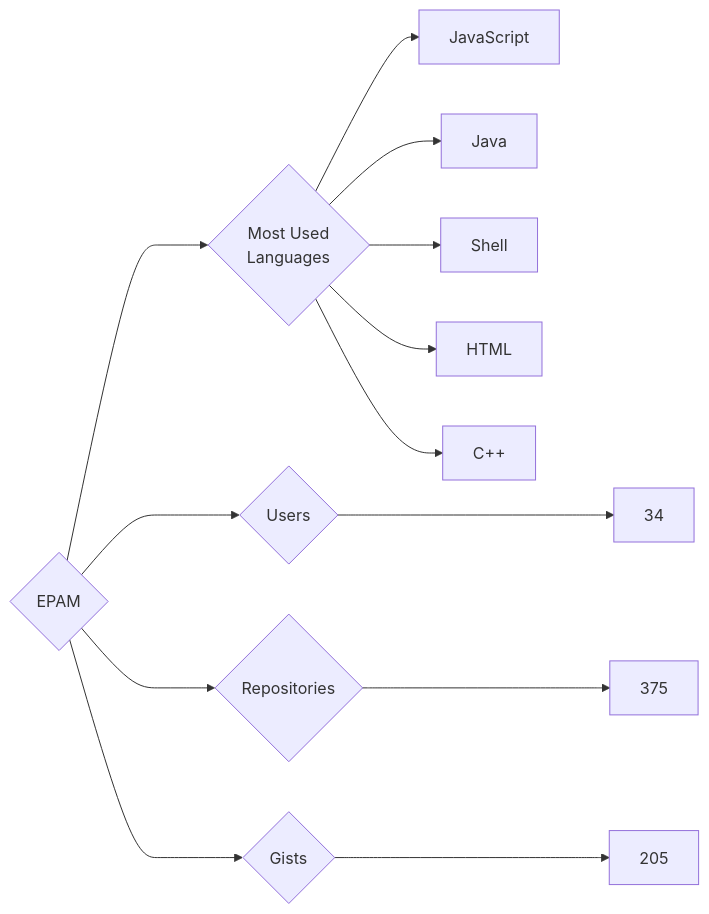
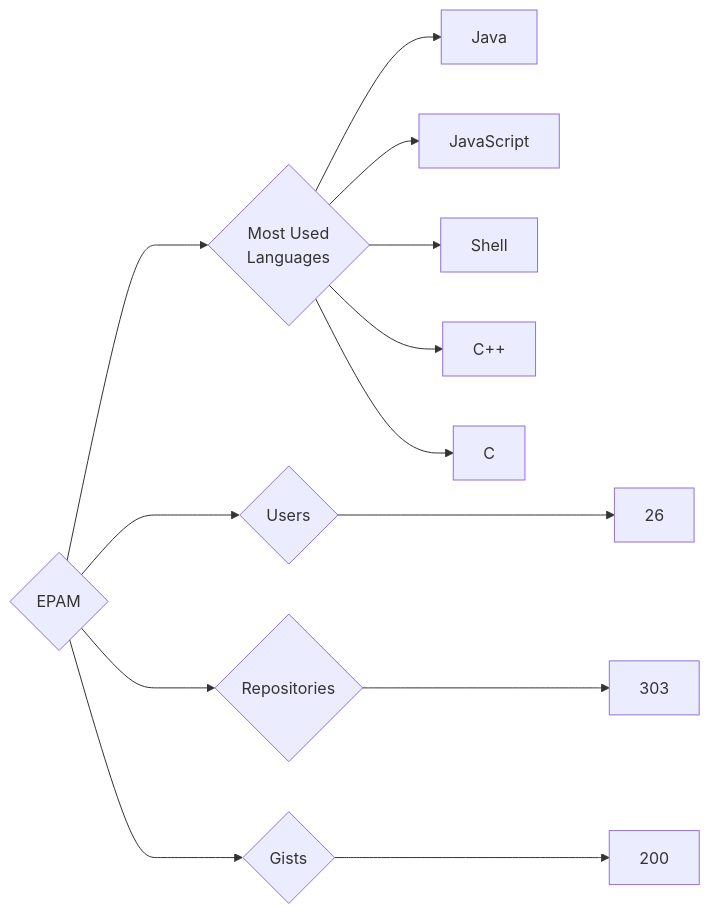
The diagram in targets/EPAM/README.md (trickest/insiders), drawn with Mermaid before and after one commit. The commit also changed 891 other files, not shown here.

````diff
--- a/targets/EPAM/README.md
+++ b/targets/EPAM/README.md
@@ -3,13 +3,13 @@
 ```mermaid
 graph LR
 COMPANY_NAME{EPAM}
-COMPANY_NAME ---> U{Users} ---> UN[34]
-COMPANY_NAME ---> R{Repositories} ---> RN[375]
-COMPANY_NAME ---> G{Gists} ---> GN[205]
+COMPANY_NAME ---> U{Users} ---> UN[26]
+COMPANY_NAME ---> R{Repositories} ---> RN[303]
+COMPANY_NAME ---> G{Gists} ---> GN[200]
 COMPANY_NAME ---> ML{Most Used<br>Languages}
+ML --> Java[Java]
 ML --> JavaScript[JavaScript]
-ML --> Java[Java]
 ML --> Shell[Shell]
-ML --> HTML[HTML]
 ML --> C++[C++]
+ML --> C[C]
 ```
````
